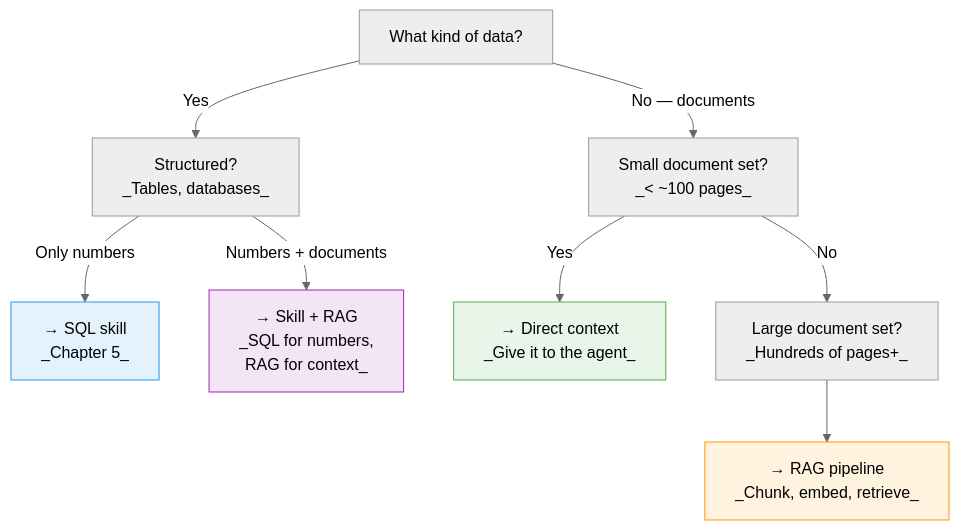
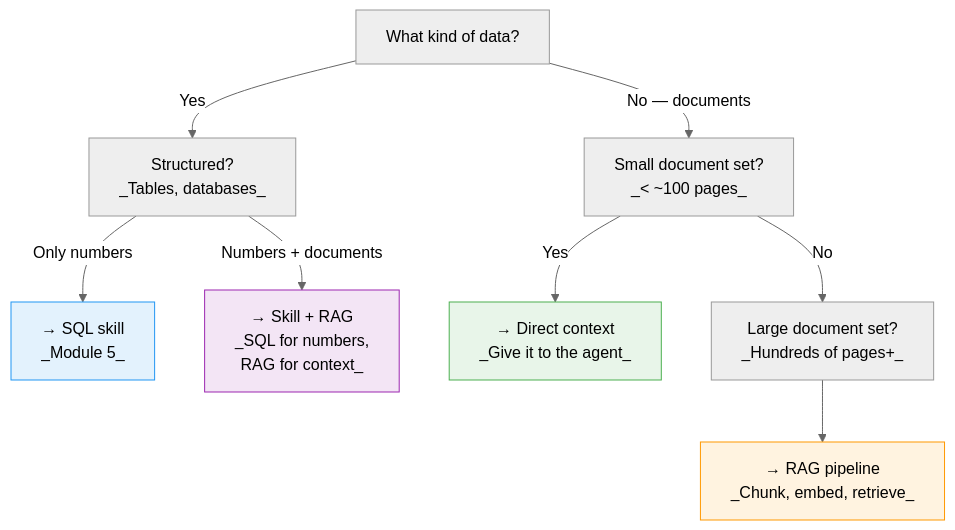
The third of 3 diagrams in 07-rag.qmd (kerryback/bi-to-ai), drawn with Mermaid (neutral theme) before and after one commit. The commit also changed other lines of this file and 9 other files, not shown here.

Commit message:
Rename Ch. 1 to 01-agents, replace 'book' with 'course' and 'chapter' with 'module' throughout

````diff
--- a/07-rag.qmd
+++ b/07-rag.qmd
@@ -123,28 +123,28 @@
 ```{mermaid}
 %%| label: fig-rag-decision
 %%| fig-cap: "Choosing the right approach depends on what kind of data you are working with."
 %%| fig-width: 80%
 flowchart TD
     Start["What kind of data?"]
     Structured["Structured?\n_Tables, databases_"]
     Small["Small document set?\n_< ~100 pages_"]
     Large["Large document set?\n_Hundreds of pages+_"]
 
-    SQL["→ SQL skill\n_Chapter 5_"]
+    SQL["→ SQL skill\n_Module 5_"]
     Direct["→ Direct context\n_Give it to the agent_"]
     RAG["→ RAG pipeline\n_Chunk, embed, retrieve_"]
     Both["→ Skill + RAG\n_SQL for numbers,\nRAG for context_"]
 
     Start -->|"Yes"| Structured
     Start -->|"No — documents"| Small
     Structured -->|"Only numbers"| SQL
     Structured -->|"Numbers + documents"| Both
     Small -->|"Yes"| Direct
     Small -->|"No"| Large
     Large --> RAG
 
     style SQL fill:#e3f2fd,stroke:#2196f3
     style Direct fill:#e8f5e9,stroke:#4caf50
     style RAG fill:#fff3e0,stroke:#ff9800
     style Both fill:#f3e5f5,stroke:#9c27b0
 ```
````
